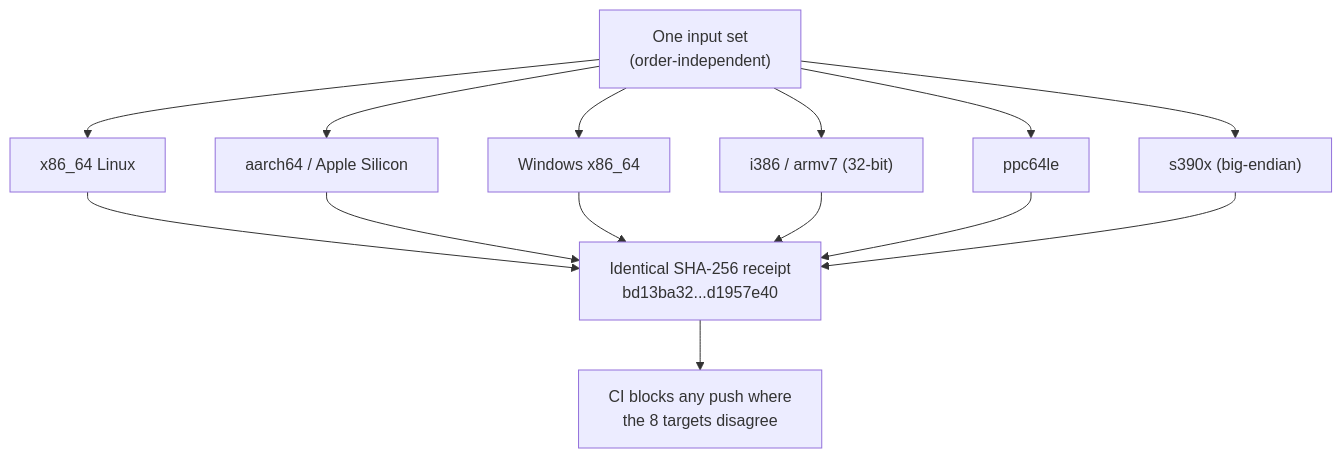
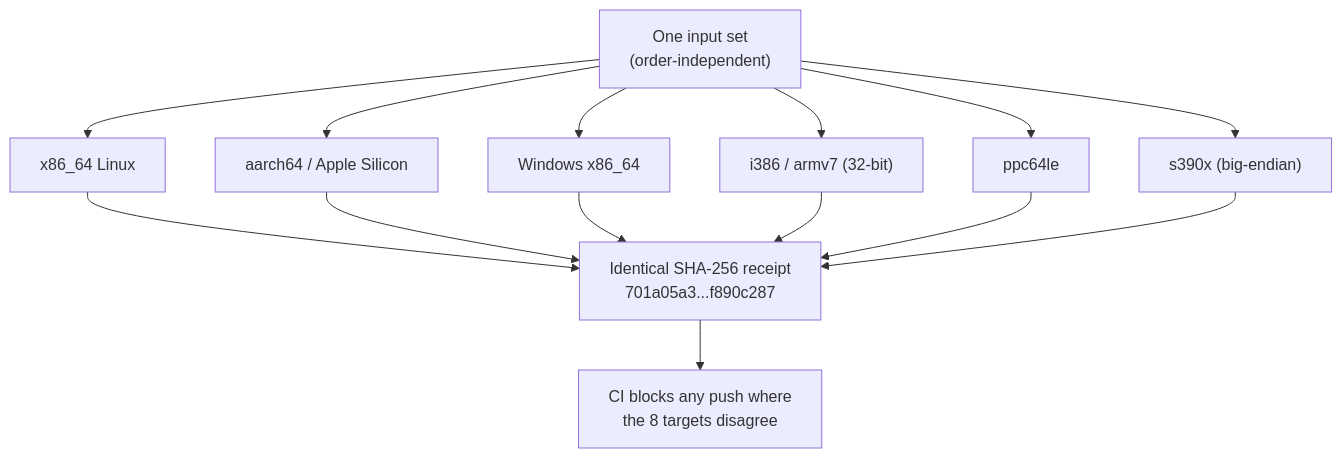
Before and after one commit to mgillr/acfa-rs: the second of 2 diagrams in README.md, drawn with Mermaid. The commit also changed other lines of this file and 64 other files, not shown here.

````diff
--- a/README.md
+++ b/README.md
@@ -101,17 +101,17 @@
 ```mermaid
 flowchart TB
   IN["One input set<br/>(order-independent)"]
   IN --> A1["x86_64 Linux"]
   IN --> A2["aarch64 / Apple Silicon"]
   IN --> A3["Windows x86_64"]
   IN --> A4["i386 / armv7 (32-bit)"]
   IN --> A5["ppc64le"]
   IN --> A6["s390x (big-endian)"]
-  A1 --> H["Identical SHA-256 receipt<br/>bd13ba32...d1957e40"]
+  A1 --> H["Identical SHA-256 receipt<br/>701a05a3...f890c287"]
   A2 --> H
   A3 --> H
   A4 --> H
   A5 --> H
   A6 --> H
   H --> CI["CI blocks any push where<br/>the 8 targets disagree"]
 ```
````
